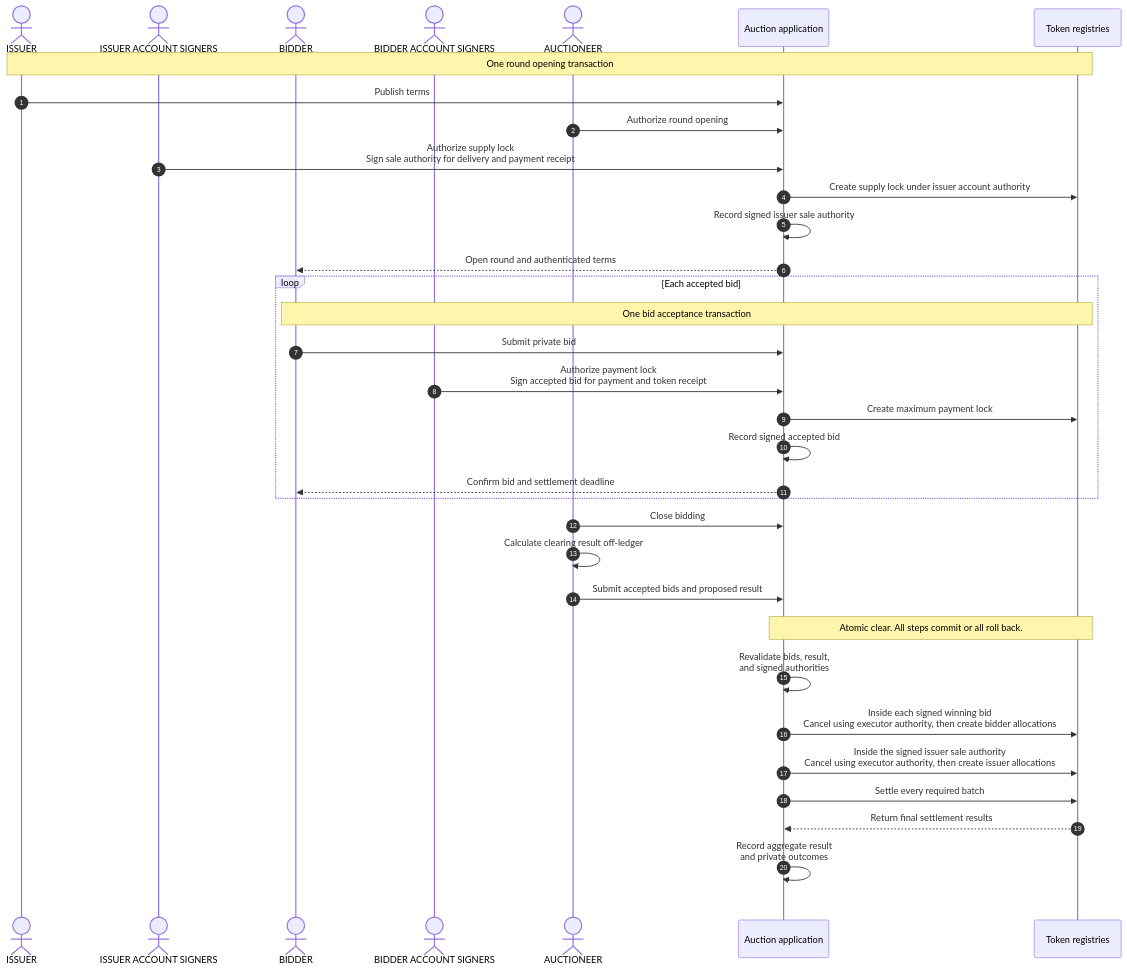
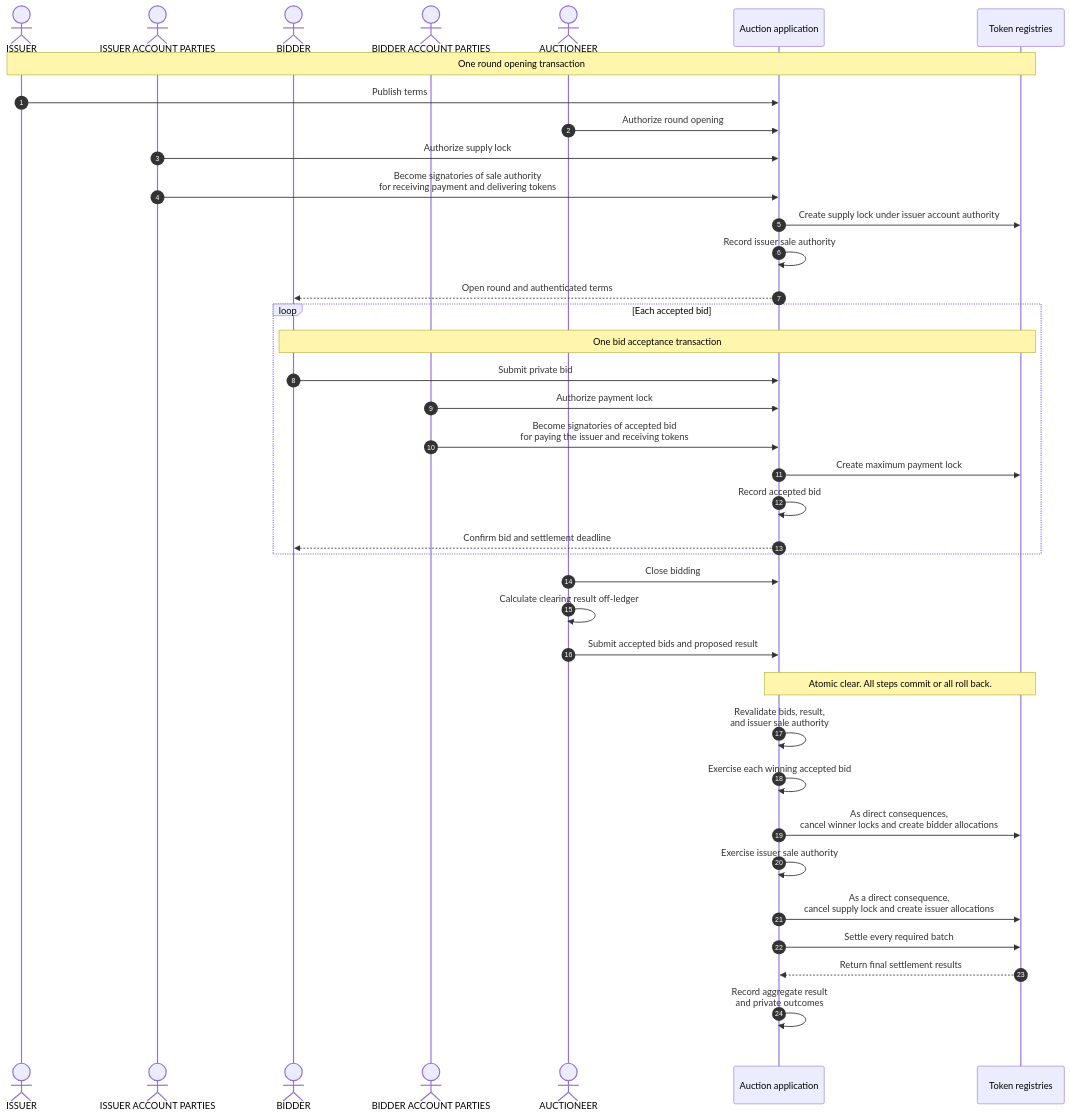
One commit to OpenZeppelin/canton-specs changed the third of 3 diagrams in docs/reference-architectures/confidential-auction.md. Above: the diagram before and after it, drawn with Mermaid. The commit also changed other lines of this file, not shown here.

````diff
--- a/docs/reference-architectures/confidential-auction.md
+++ b/docs/reference-architectures/confidential-auction.md
@@ -333,39 +349,43 @@
 ```mermaid
 sequenceDiagram
     autonumber
     actor Issuer as ISSUER
-    actor IssuerAccounts as ISSUER ACCOUNT SIGNERS
+    actor IssuerAccounts as ISSUER ACCOUNT PARTIES
     actor Bidder as BIDDER
-    actor BidderAccounts as BIDDER ACCOUNT SIGNERS
+    actor BidderAccounts as BIDDER ACCOUNT PARTIES
     actor Auctioneer as AUCTIONEER
     participant App as Auction application
     participant Assets as Token registries
 
     Note over Issuer,Assets: One round opening transaction
     Issuer->>App: Publish terms
     Auctioneer->>App: Authorize round opening
-    IssuerAccounts->>App: Authorize supply lock<br/>Sign sale authority for delivery and payment receipt
+    IssuerAccounts->>App: Authorize supply lock
+    IssuerAccounts->>App: Become signatories of sale authority<br/>for receiving payment and delivering tokens
     App->>Assets: Create supply lock under issuer account authority
-    App->>App: Record signed issuer sale authority
+    App->>App: Record issuer sale authority
     App-->>Bidder: Open round and authenticated terms
     loop Each accepted bid
         Note over Bidder,Assets: One bid acceptance transaction
         Bidder->>App: Submit private bid
-        BidderAccounts->>App: Authorize payment lock<br/>Sign accepted bid for payment and token receipt
+        BidderAccounts->>App: Authorize payment lock
+        BidderAccounts->>App: Become signatories of accepted bid<br/>for paying the issuer and receiving tokens
         App->>Assets: Create maximum payment lock
-        App->>App: Record signed accepted bid
+        App->>App: Record accepted bid
         App-->>Bidder: Confirm bid and settlement deadline
     end
     Auctioneer->>App: Close bidding
     Auctioneer->>Auctioneer: Calculate clearing result off-ledger
     Auctioneer->>App: Submit accepted bids and proposed result
     rect rgba(255, 255, 255, .1)
         Note over App,Assets: Atomic clear. All steps commit or all roll back.
-        App->>App: Revalidate bids, result,<br/>and signed authorities
-        App->>Assets: Inside each signed winning bid<br/>Cancel using executor authority, then create bidder allocations
-        App->>Assets: Inside the signed issuer sale authority<br/>Cancel using executor authority, then create issuer allocations
+        App->>App: Revalidate bids, result,<br/>and issuer sale authority
+        App->>App: Exercise each winning accepted bid
+        App->>Assets: As direct consequences,<br/>cancel winner locks and create bidder allocations
+        App->>App: Exercise issuer sale authority
+        App->>Assets: As a direct consequence,<br/>cancel supply lock and create issuer allocations
         App->>Assets: Settle every required batch
         Assets-->>App: Return final settlement results
         App->>App: Record aggregate result<br/>and private outcomes
     end
 ```
````
